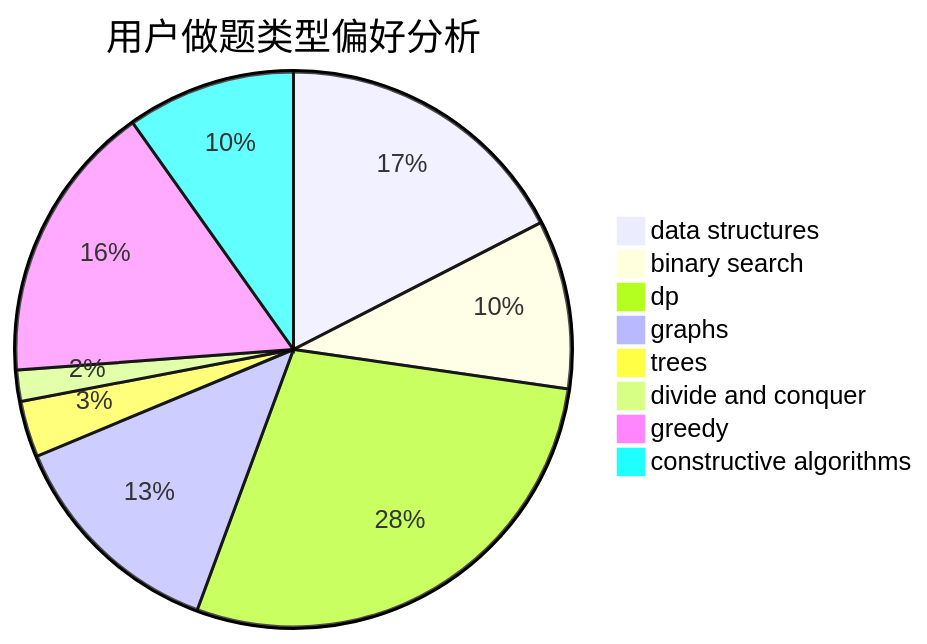
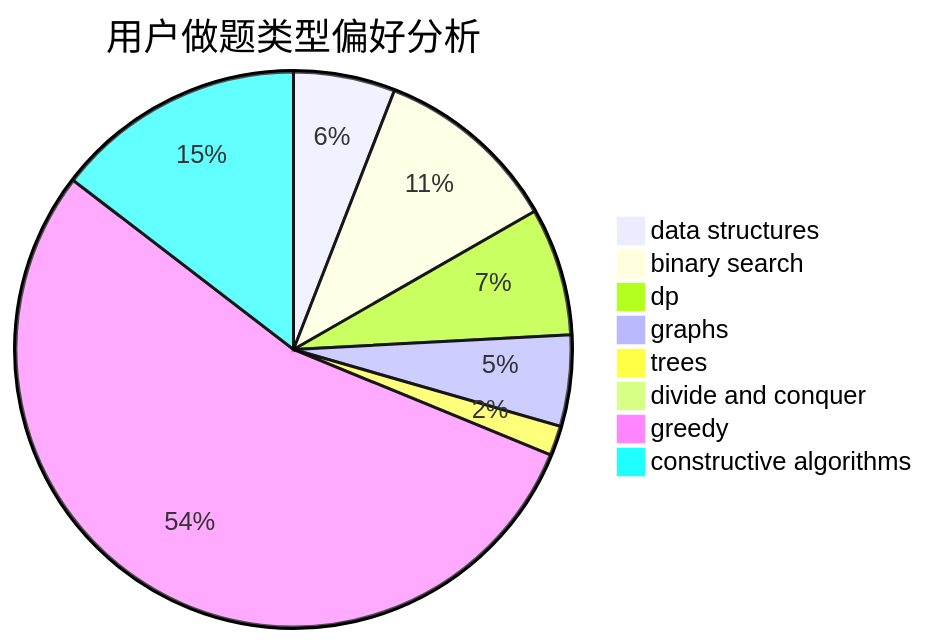
Before and after one commit to sherpahu/cfrs.github.io: the second of 3 diagrams in docs/user/u124.md, drawn with Mermaid. The commit also changed other lines of this file and 2770 other files, not shown here.

````diff
--- a/docs/user/u124.md
+++ b/docs/user/u124.md
@@ -23,11 +23,11 @@
 ```mermaid
 pie title 用户做题类型偏好分析
-    "data structures" :  48
-    "binary search" :  27
-    "dp" :  78
-    "graphs" :  36
-    "trees" :  9
-    "divide and conquer" :  5
-    "greedy" :  45
-    "constructive algorithms" :  27
+    "data structures" :  58
+    "binary search" :  106
+    "dp" :  73
+    "graphs" :  52
+    "trees" :  17
+    "divide and conquer" :  4
+    "greedy" :  532
+    "constructive algorithms" :  143
 ```
````
